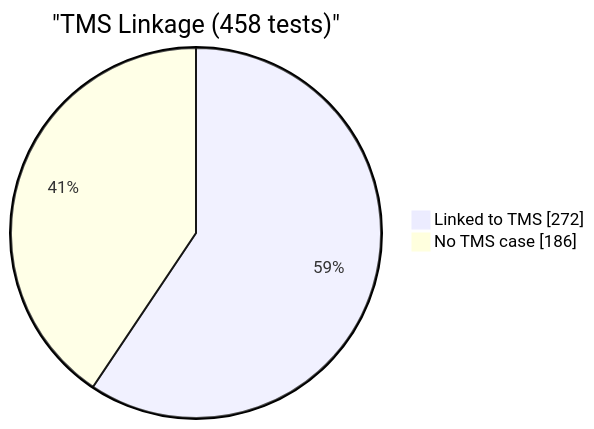
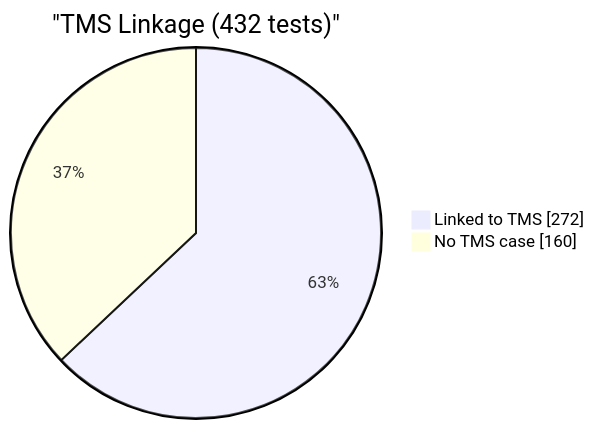
One commit to EliteaAI/onetest-ai-tm-Elitea changed the fourth of 4 diagrams in reports/dashboard.md. Above: the diagram before and after it, drawn with Mermaid. The commit also changed other lines of this file and 1 other file, not shown here.

````diff
--- a/reports/dashboard.md
+++ b/reports/dashboard.md
@@ -77,6 +77,6 @@
 ```mermaid
 pie showData
-    title "TMS Linkage (458 tests)"
+    title "TMS Linkage (432 tests)"
     "Linked to TMS" : 272
-    "No TMS case" : 186
+    "No TMS case" : 160
 ```
````
